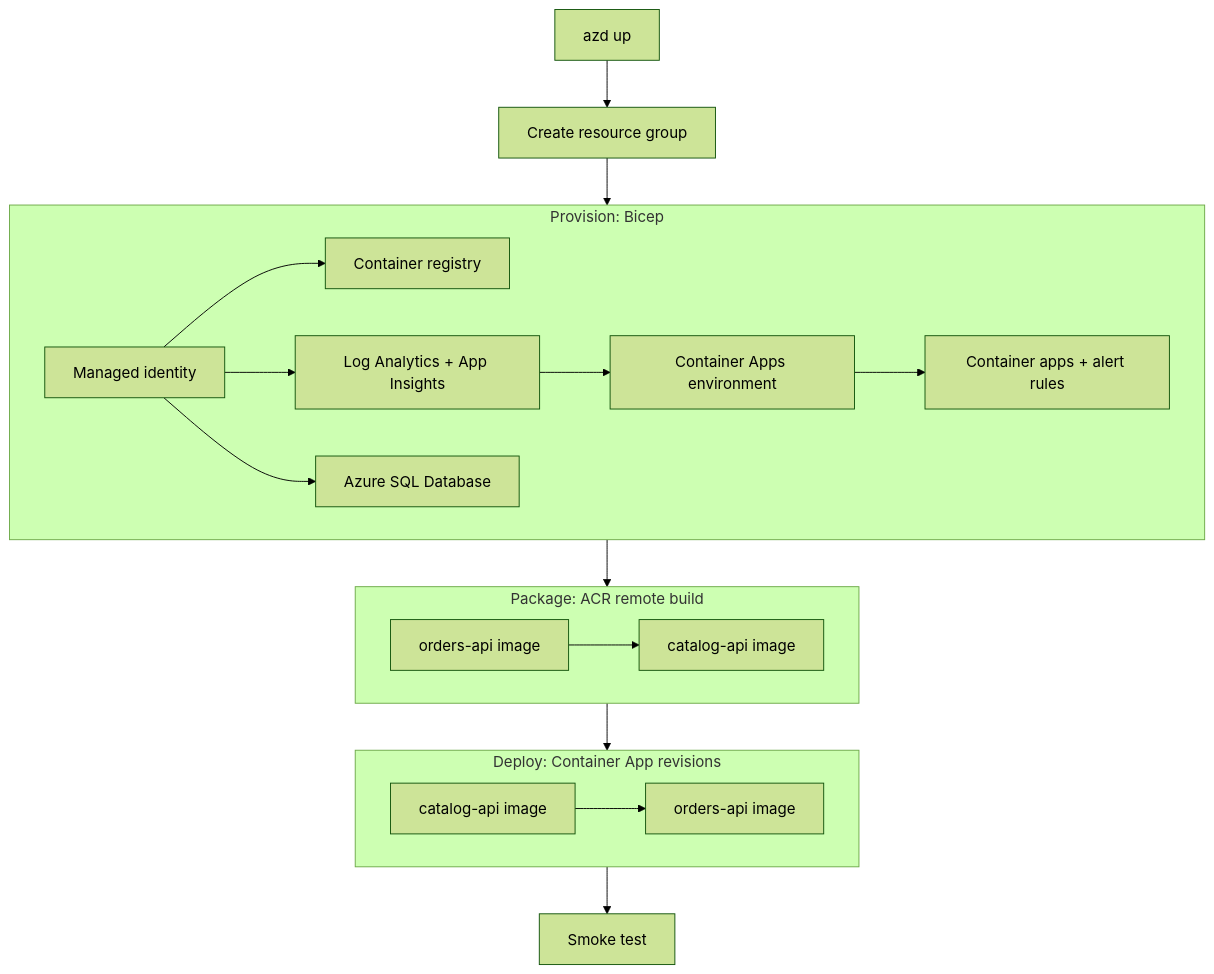
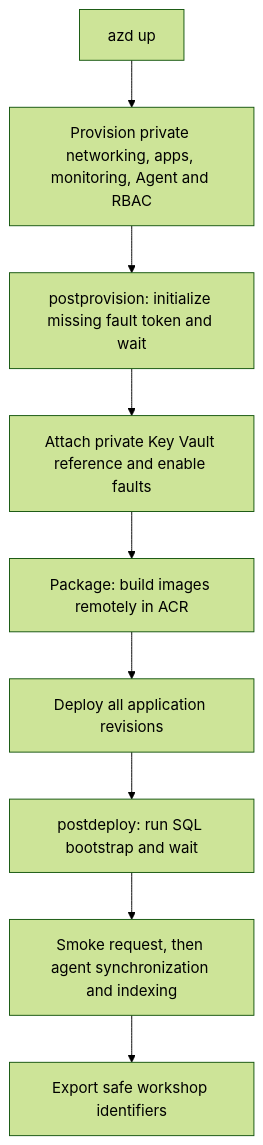
Before and after one commit to charliekw411/sre-agent-workshop: the diagram in docs/sre/03-deploy-infrastructure/index.md, drawn with Mermaid (forest theme). The commit also changed other lines of this file and 54 other files, not shown here.

First line of the commit message:
Automate workshop deployment with private SQL and Key Vault (#11)

````diff
--- a/docs/sre/03-deploy-infrastructure/index.md
+++ b/docs/sre/03-deploy-infrastructure/index.md
@@ -37,21 +40,11 @@
 ```mermaid
 flowchart TD
-  AZD[azd up] --> P0[Create resource group]
-  P0 --> P1
-  subgraph P1["Provision: Bicep"]
-        A[Managed identity] --> B[Container registry]
-        A --> C[Log Analytics + App Insights]
-        A --> D[Azure SQL Database]
-        C --> E[Container Apps environment]
-    E --> H[Container apps + alert rules]
-    end
-    P1 --> P2
-  subgraph P2["Package: ACR remote build"]
-        F[orders-api image] --> G[catalog-api image]
-    end
-    P2 --> P3
-  subgraph P3["Deploy: Container App revisions"]
-    I[catalog-api image] --> J[orders-api image]
-    end
-    P3 --> V[Smoke test]
+    A[azd up] --> B[Provision private networking, apps, monitoring, Agent and RBAC]
+    B --> C[postprovision: initialize missing fault token and wait]
+    C --> D[Attach private Key Vault reference and enable faults]
+    D --> E[Package: build images remotely in ACR]
+    E --> F[Deploy all application revisions]
+    F --> G[postdeploy: run SQL bootstrap and wait]
+    G --> H[Smoke request, then agent synchronization and indexing]
+    H --> I[Export safe workshop identifiers]
 ```
````
